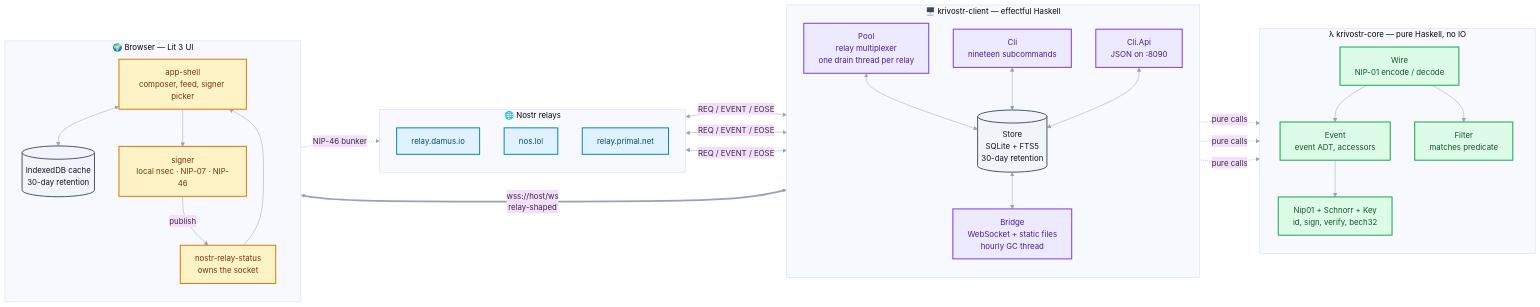
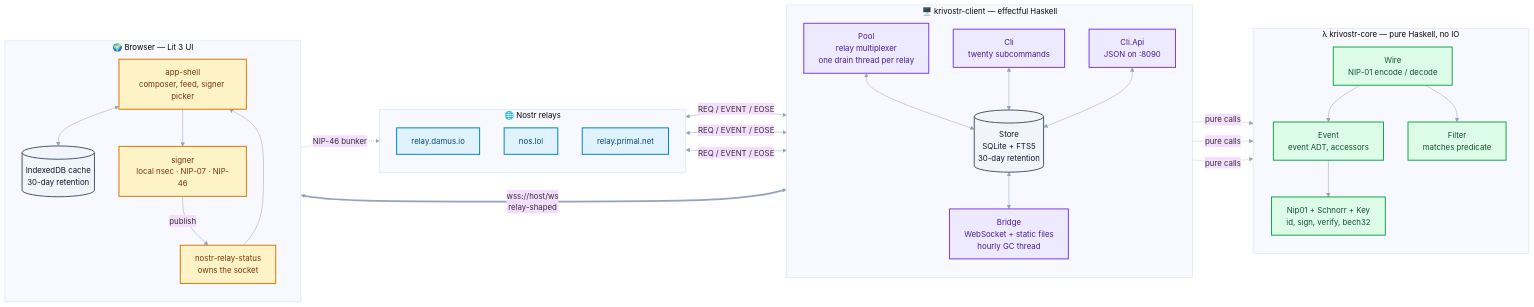
One commit to sagar-shirwalkar/krivostr changed the diagram in README.md. Above: the diagram before and after it, drawn with Mermaid. The commit also changed other lines of this file and 21 other files, not shown here.

````diff
--- a/README.md
+++ b/README.md
@@ -289,67 +291,67 @@
 ```mermaid
 %%{init: {"theme": "base", "themeVariables": {"fontFamily": "ui-sans-serif, system-ui, sans-serif", "lineColor": "#94a3b8"}}}%%
 flowchart LR
     subgraph RELAYS["🌐 Nostr relays"]
         direction TB
         R1["relay.damus.io"]
         R2["nos.lol"]
         R3["relay.primal.net"]
     end
 
     subgraph CLIENT["🖥️ krivostr-client — effectful Haskell"]
         direction TB
         POOL["Pool<br/>relay multiplexer<br/>one drain thread per relay"]
         STORE[("Store<br/>SQLite + FTS5<br/>30-day retention")]
         BRIDGE["Bridge<br/>WebSocket + static files<br/>hourly GC thread"]
-        CLI["Cli<br/>nineteen subcommands"]
+        CLI["Cli<br/>twenty subcommands"]
         API["Cli.Api<br/>JSON on :8090"]
     end
 
     subgraph CORE["λ krivostr-core — pure Haskell, no IO"]
         direction TB
         WIRE["Wire<br/>NIP-01 encode / decode"]
         EVENT["Event<br/>event ADT, accessors"]
         SCHNORR["Nip01 + Schnorr + Key<br/>id, sign, verify, bech32"]
         FILTER["Filter<br/>matches predicate"]
     end
 
     subgraph BROWSER["🌍 Browser — Lit 3 UI"]
         direction TB
         SHELL["app-shell<br/>composer, feed, signer picker"]
         STATUS["nostr-relay-status<br/>owns the socket"]
         SIGNER["signer<br/>local nsec · NIP-07 · NIP-46"]
         IDB[("IndexedDB cache<br/>30-day retention")]
     end
 
     R1 & R2 & R3 <-->|"REQ / EVENT / EOSE"| POOL
     POOL <--> STORE
     CLI <--> STORE
     API <--> STORE
     STORE <--> BRIDGE
 
     POOL -.->|"pure calls"| WIRE
     BRIDGE -.->|"pure calls"| WIRE
     CLI -.->|"pure calls"| WIRE
     WIRE --> EVENT
     WIRE --> FILTER
     EVENT --> SCHNORR
 
     BRIDGE <==>|"wss://host/ws<br/>relay-shaped"| STATUS
     STATUS --> SHELL
     SHELL <--> IDB
     SHELL --> SIGNER
     SIGNER -->|"publish"| STATUS
     SIGNER -.->|"NIP-46 bunker"| RELAYS
 
     classDef relay fill:#e0f2fe,stroke:#0284c7,stroke-width:2px,color:#0c4a6e
     classDef client fill:#ede9fe,stroke:#7c3aed,stroke-width:2px,color:#4c1d95
     classDef core fill:#dcfce7,stroke:#16a34a,stroke-width:2px,color:#14532d
     classDef ui fill:#fef3c7,stroke:#d97706,stroke-width:2px,color:#78350f
     classDef data fill:#f1f5f9,stroke:#475569,stroke-width:2px,color:#0f172a
 
     class R1,R2,R3 relay
     class POOL,BRIDGE,CLI,API client
     class WIRE,EVENT,SCHNORR,FILTER core
     class SHELL,STATUS,SIGNER ui
     class STORE,IDB data
 ```
````
